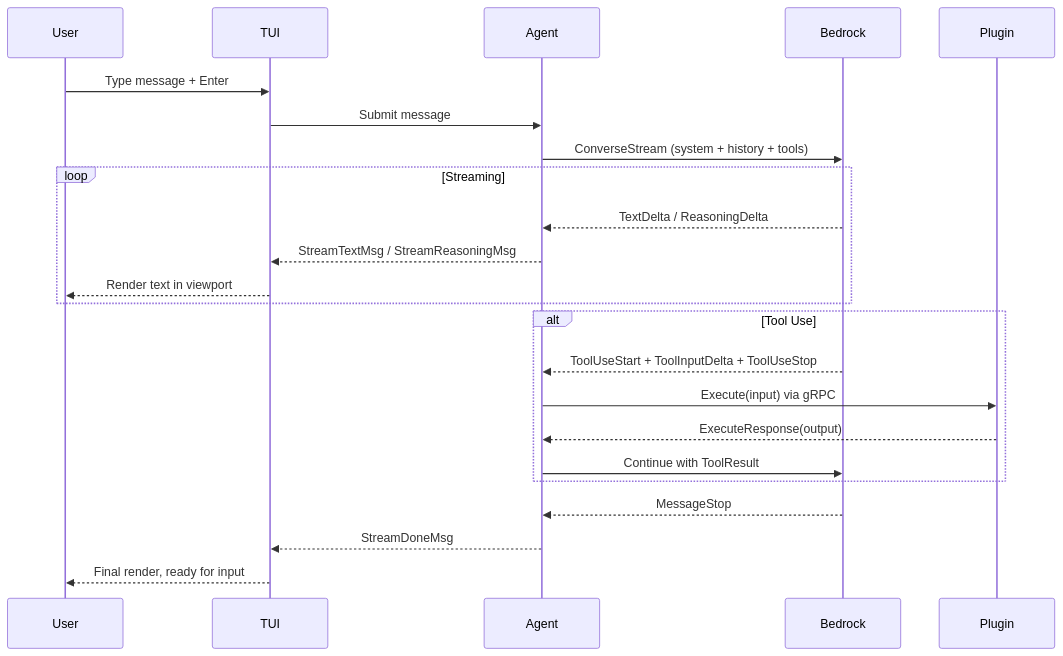
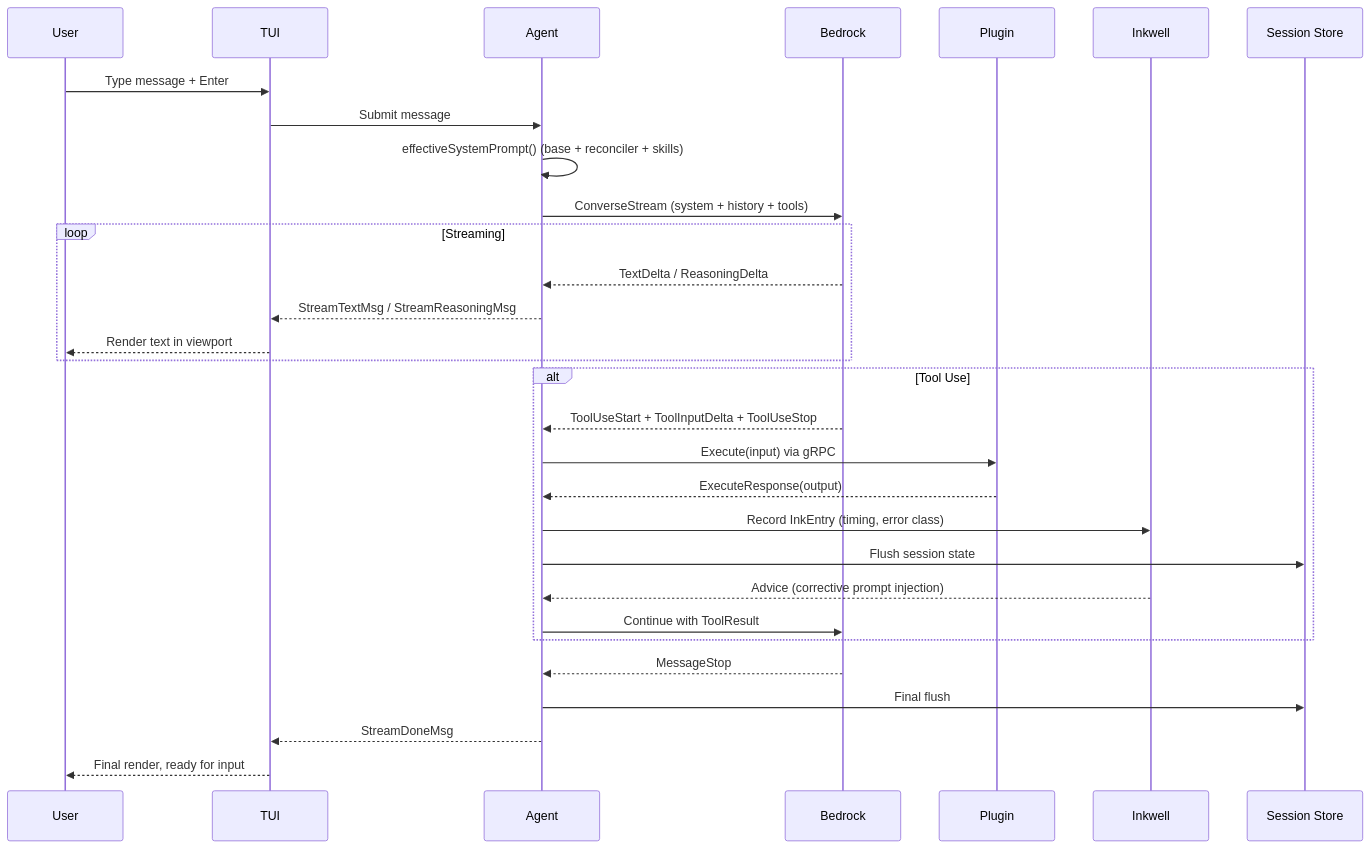
Before and after one commit to codecuttle/codecuttlectl: the second of 7 diagrams in docs/architecture.md, drawn with Mermaid. The commit also changed other lines of this file and 17 other files, not shown here.

````diff
--- a/docs/architecture.md
+++ b/docs/architecture.md
@@ -31,29 +48,36 @@
 ```mermaid
 sequenceDiagram
     participant U as User
     participant T as TUI
     participant A as Agent
     participant B as Bedrock
     participant P as Plugin
+    participant I as Inkwell
+    participant S as Session Store
 
     U->>T: Type message + Enter
     T->>A: Submit message
+    A->>A: effectiveSystemPrompt() (base + reconciler + skills)
     A->>B: ConverseStream (system + history + tools)
 
     loop Streaming
         B-->>A: TextDelta / ReasoningDelta
         A-->>T: StreamTextMsg / StreamReasoningMsg
         T-->>U: Render text in viewport
     end
 
     alt Tool Use
         B-->>A: ToolUseStart + ToolInputDelta + ToolUseStop
         A->>P: Execute(input) via gRPC
         P-->>A: ExecuteResponse(output)
+        A->>I: Record InkEntry (timing, error class)
+        A->>S: Flush session state
+        I-->>A: Advice (corrective prompt injection)
         A->>B: Continue with ToolResult
     end
 
     B-->>A: MessageStop
+    A->>S: Final flush
     A-->>T: StreamDoneMsg
     T-->>U: Final render, ready for input
 ```
````
